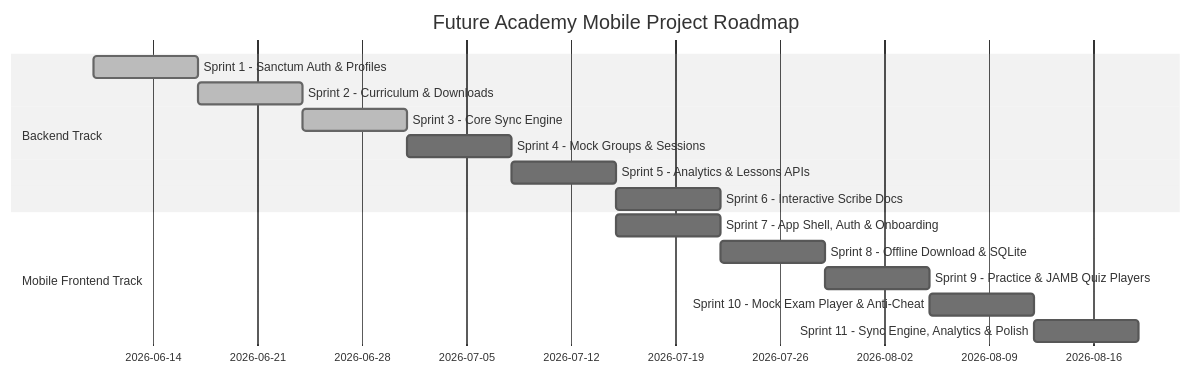
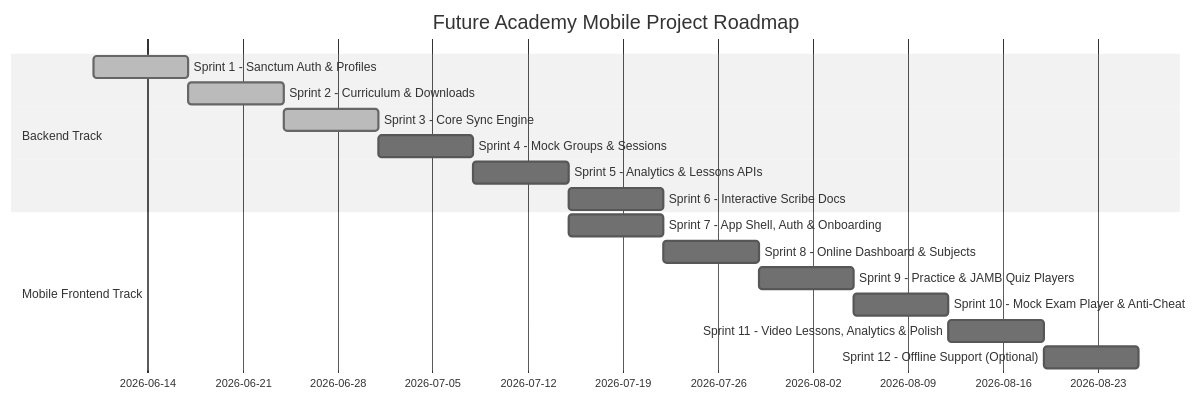
The diagram in MILESTONES.md (bashyauri/future-academy), drawn with Mermaid (neutral theme) before and after one commit. The commit also changed other lines of this file and 10 other files, not shown here.

````diff
--- a/MILESTONES.md
+++ b/MILESTONES.md
@@ -25,20 +25,21 @@
 ```mermaid
 gantt
     title Future Academy Mobile Project Roadmap
     dateFormat  YYYY-MM-DD
 
     section Backend Track
     Sprint 1 - Sanctum Auth & Profiles       :done, milestone1, 2026-06-10, 7d
     Sprint 2 - Curriculum & Downloads         :done, milestone2, 2026-06-17, 7d
     Sprint 3 - Core Sync Engine               :done, milestone3, 2026-06-24, 7d
     Sprint 4 - Mock Groups & Sessions         :milestone4, 2026-07-01, 7d
     Sprint 5 - Analytics & Lessons APIs       :milestone5, 2026-07-08, 7d
     Sprint 6 - Interactive Scribe Docs        :milestone6, 2026-07-15, 7d
 
     section Mobile Frontend Track
     Sprint 7 - App Shell, Auth & Onboarding   :milestone7, 2026-07-15, 7d
-    Sprint 8 - Offline Download & SQLite      :milestone8, 2026-07-22, 7d
+    Sprint 8 - Online Dashboard & Subjects    :milestone8, 2026-07-22, 7d
     Sprint 9 - Practice & JAMB Quiz Players   :milestone9, 2026-07-29, 7d
     Sprint 10 - Mock Exam Player & Anti-Cheat  :milestone10, 2026-08-05, 7d
-    Sprint 11 - Sync Engine, Analytics & Polish:milestone11, 2026-08-12, 7d
+    Sprint 11 - Video Lessons, Analytics & Polish:milestone11, 2026-08-12, 7d
+    Sprint 12 - Offline Support (Optional)    :milestone12, 2026-08-19, 7d
 ```
````
